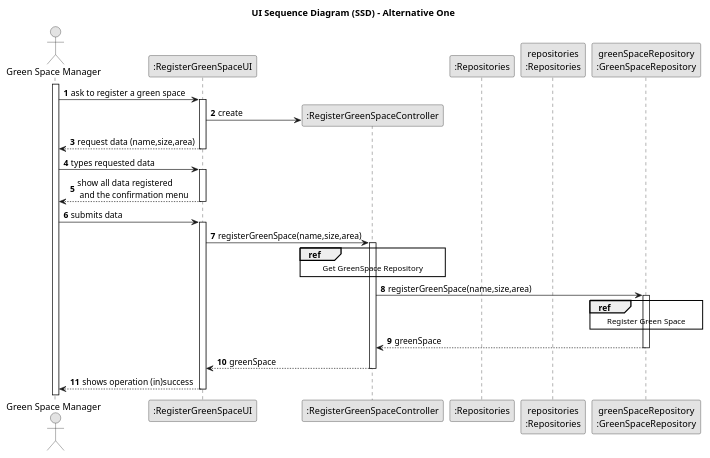
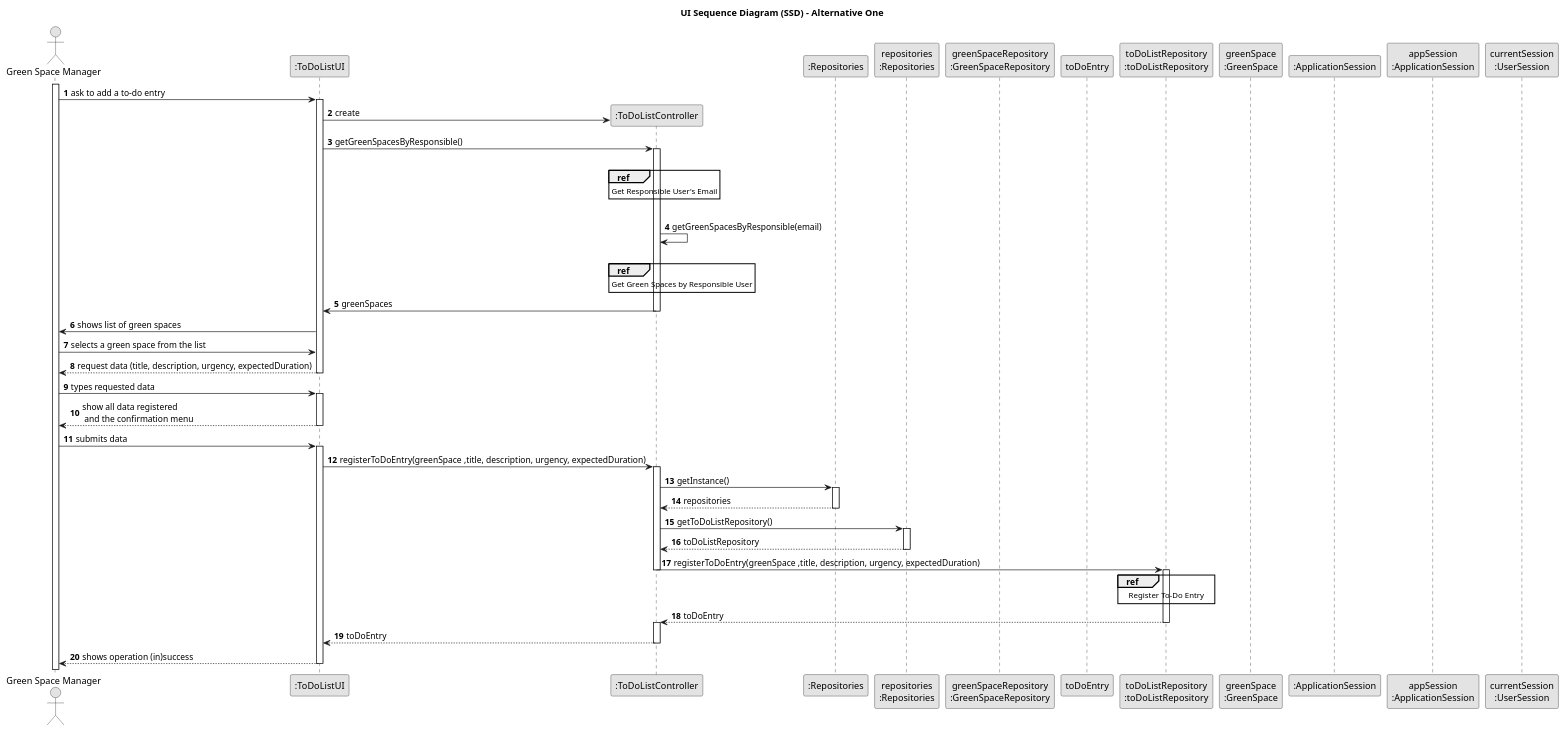
Before and after one commit to SAEmanuel/Green_Spaces_Management_ISEP: the diagram in docs/sprintC/us021/03.design/puml/us021-sequence-diagram-split.puml, drawn with PlantUML. The commit also changed 13 other files, not shown here.

```diff
--- a/docs/sprintC/us021/03.design/puml/us021-sequence-diagram-split.puml
+++ b/docs/sprintC/us021/03.design/puml/us021-sequence-diagram-split.puml
@@ -1,63 +1,106 @@
 @startuml
 skinparam monochrome true
 skinparam packageStyle rectangle
 skinparam shadowing false
 
 title UI Sequence Diagram (SSD) - Alternative One
 
 autonumber
 
 actor "Green Space Manager" as Employee
-participant ":RegisterGreenSpaceUI" as UI
-participant ":RegisterGreenSpaceController" as CTRL
+participant ":ToDoListUI" as UI
+participant ":ToDoListController" as CTRL
 participant ":Repositories" as RepositorySingleton
 participant "repositories\n:Repositories" as PLAT
-participant "greenSpaceRepository\n:GreenSpaceRepository" as greenSpaceRepository
-
+participant "greenSpaceRepository\n:GreenSpaceRepository" as GREENSpaceRepository
+participant "toDoEntry" as ENTRY
+participant "toDoListRepository\n:toDoListRepository" as toDoListRepository
+participant "greenSpace\n:GreenSpace" as GREEN
+participant ":ApplicationSession" as _APP
+participant "appSession\n:ApplicationSession" as APP
+participant "currentSession\n:UserSession" as SESSAO
 
 activate Employee
 
-    Employee -> UI : ask to register a green space
+    Employee -> UI : ask to add a to-do entry
     activate UI
 
     UI -> CTRL** : create
 
-        UI --> Employee : request data (name,size,area)
+    UI -> CTRL : getGreenSpacesByResponsible()
+    activate CTRL
+    |||
+    ref over CTRL
+      Get Responsible User's Email
+      end ref
+
+                    |||
+
+                    CTRL -> CTRL : getGreenSpacesByResponsible(email)
+
+            |||
+            ref over CTRL
+        Get Green Spaces by Responsible User
+            end ref
+
+
+
+
+                    CTRL -> UI : greenSpaces
+
+                    deactivate CTRL
+
+
+        UI -> Employee : shows list of green spaces
+
+        Employee -> UI : selects a green space from the list
+
+        UI --> Employee : request data (title, description, urgency, expectedDuration)
     deactivate UI
 
     Employee -> UI : types requested data
 
     activate UI
 
         UI --> Employee : show all data registered\n and the confirmation menu
     deactivate UI
 
     Employee -> UI : submits data
     activate UI
 
-    UI -> CTRL : registerGreenSpace(name,size,area)
+    UI -> CTRL : registerToDoEntry(greenSpace ,title, description, urgency, expectedDuration)
     activate CTRL
-
-    ref over CTRL
-    Get GreenSpace Repository
-    end ref
-
-    CTRL -> greenSpaceRepository : registerGreenSpace(name,size,area)
-    activate greenSpaceRepository
-
-
-    ref over greenSpaceRepository
-    Register Green Space
-    end ref
 
 
 
-    greenSpaceRepository --> CTRL : greenSpace
-    deactivate greenSpaceRepository
-    CTRL --> UI : greenSpace
+        CTRL -> RepositorySingleton : getInstance()
+        activate RepositorySingleton
+
+        RepositorySingleton --> CTRL: repositories
+        deactivate RepositorySingleton
+
+        CTRL -> PLAT : getToDoListRepository()
+        activate PLAT
+
+        PLAT --> CTRL: toDoListRepository
+        deactivate PLAT
+
+    CTRL -> toDoListRepository : registerToDoEntry(greenSpace ,title, description, urgency, expectedDuration)
+      deactivate CTRL
+    activate toDoListRepository
+
+    ref over toDoListRepository
+        Register To-Do Entry
+            end ref
+
+    toDoListRepository --> CTRL : toDoEntry
+    deactivate toDoListRepository
+
+    activate CTRL
+    CTRL --> UI : toDoEntry
     deactivate CTRL
 
         UI --> Employee : shows operation (in)success
     deactivate UI
 
 @enduml
```
